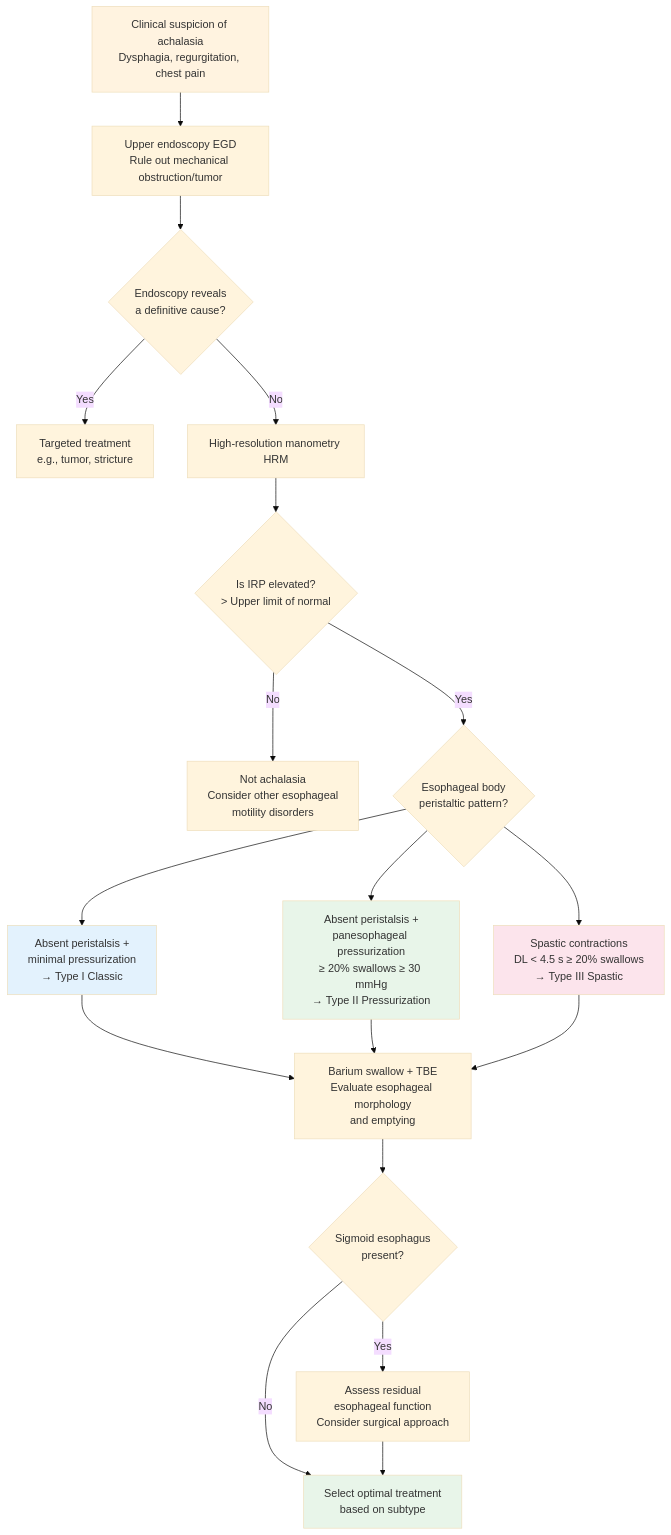
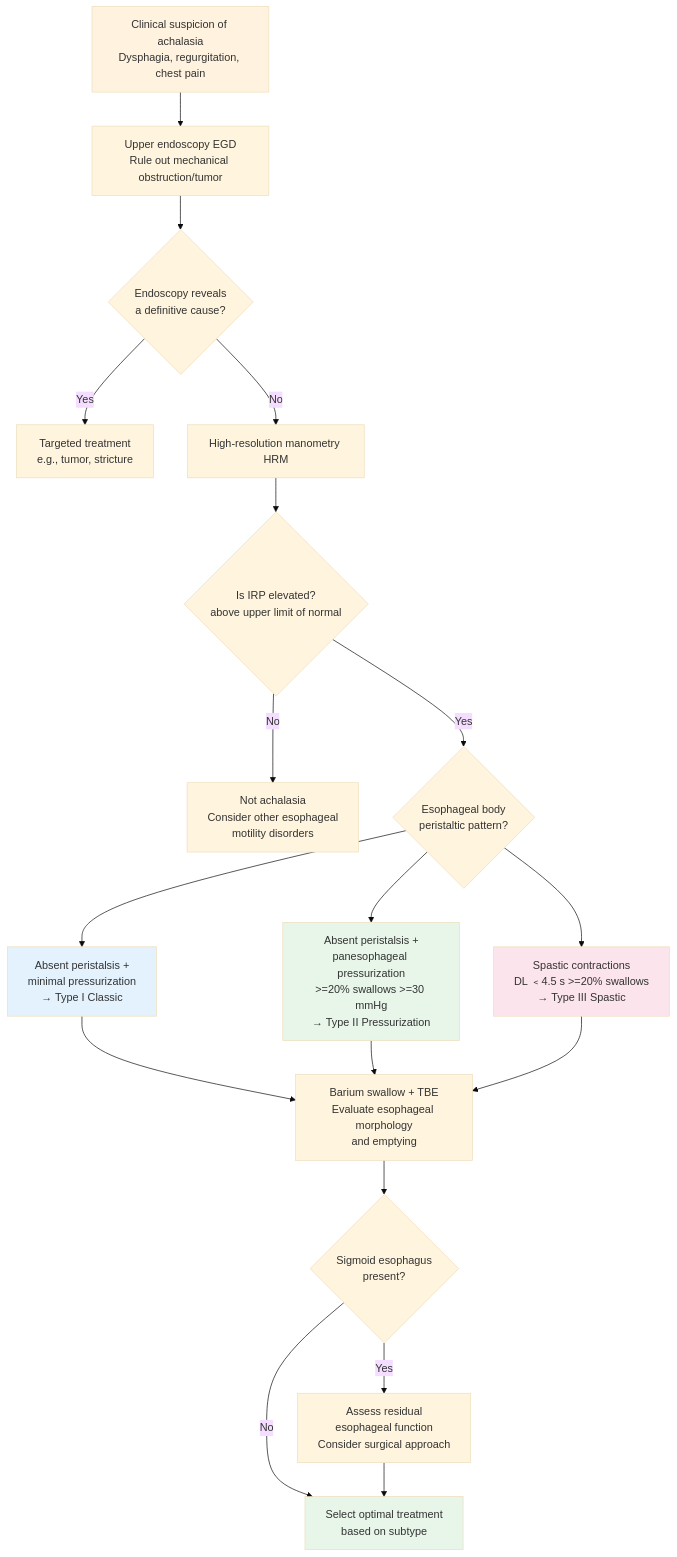
One commit to dontchangela-bit/esophageal-education changed the second of 2 diagrams in 食道弛緩不能症/進階版/EN/01_Pathophysiology_and_Subtypes.md. Above: the diagram before and after it, drawn with Mermaid (base theme). The commit also changed 59 other files, not shown here.

First line of the commit message:
Fix Mermaid v11.13 syntax errors across all esophageal files

````diff
--- a/食道弛緩不能症/進階版/EN/01_Pathophysiology_and_Subtypes.md
+++ b/食道弛緩不能症/進階版/EN/01_Pathophysiology_and_Subtypes.md
@@ -143,32 +143,32 @@
 ```mermaid
 flowchart TD
     A[Clinical suspicion of achalasia<br/>Dysphagia, regurgitation, chest pain] --> B[Upper endoscopy EGD<br/>Rule out mechanical obstruction/tumor]
 
     B --> C{Endoscopy reveals<br/>a definitive cause?}
     C -- Yes --> D[Targeted treatment<br/>e.g., tumor, stricture]
     C -- No --> E[High-resolution manometry HRM]
 
-    E --> F{Is IRP elevated?<br/>> Upper limit of normal}
+    E --> F{Is IRP elevated?<br/>above upper limit of normal}
     F -- No --> G[Not achalasia<br/>Consider other esophageal<br/>motility disorders]
     F -- Yes --> H{Esophageal body<br/>peristaltic pattern?}
 
     H --> I[Absent peristalsis +<br/>minimal pressurization<br/>→ Type I Classic]
-    H --> J[Absent peristalsis +<br/>panesophageal pressurization<br/>≥ 20% swallows ≥ 30 mmHg<br/>→ Type II Pressurization]
-    H --> K[Spastic contractions<br/>DL < 4.5 s ≥ 20% swallows<br/>→ Type III Spastic]
+    H --> J[Absent peristalsis +<br/>panesophageal pressurization<br/>>=20% swallows >=30 mmHg<br/>→ Type II Pressurization]
+    H --> K[Spastic contractions<br/>DL ﹤4.5 s >=20% swallows<br/>→ Type III Spastic]
 
     I --> L[Barium swallow + TBE<br/>Evaluate esophageal morphology<br/>and emptying]
     J --> L
     K --> L
 
     L --> M{Sigmoid esophagus<br/>present?}
     M -- Yes --> N[Assess residual<br/>esophageal function<br/>Consider surgical approach]
     M -- No --> O[Select optimal treatment<br/>based on subtype]
 
     N --> O
 
     style A fill:#FFF3E0
     style I fill:#E3F2FD
     style J fill:#E8F5E9
     style K fill:#FCE4EC
     style O fill:#E8F5E9
 ```
````
